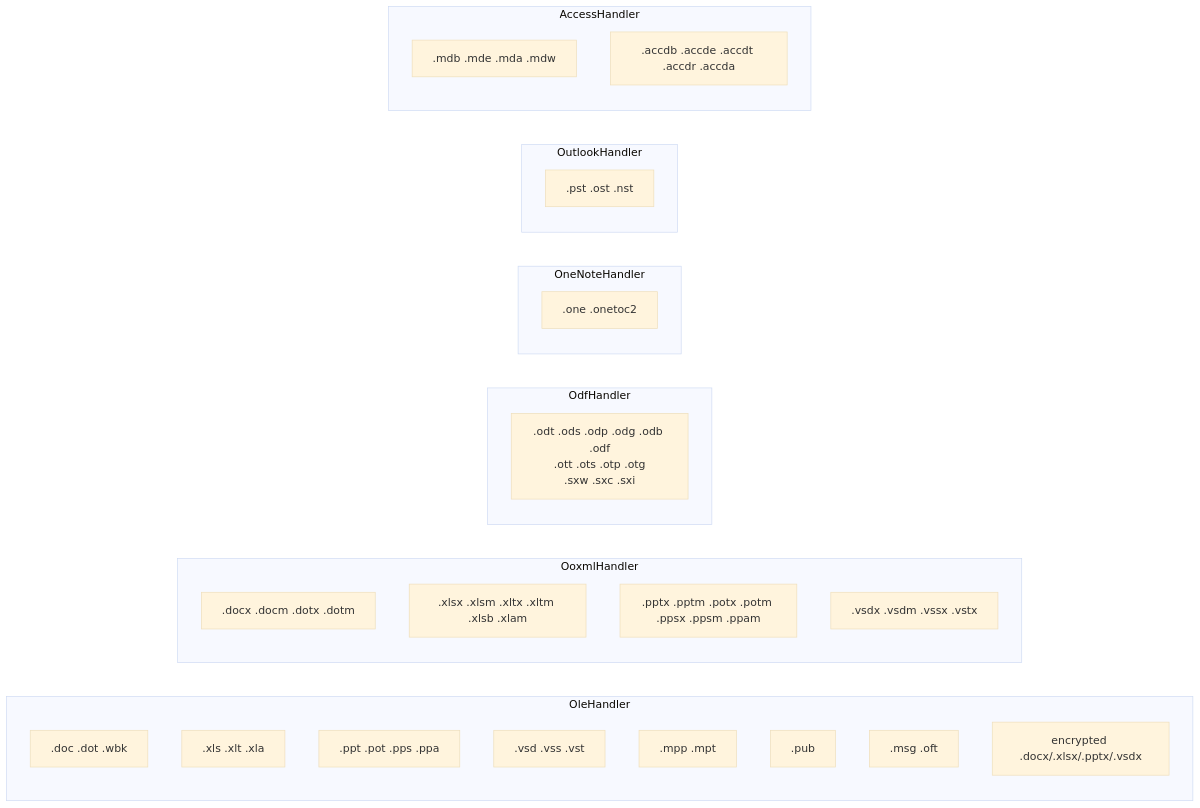
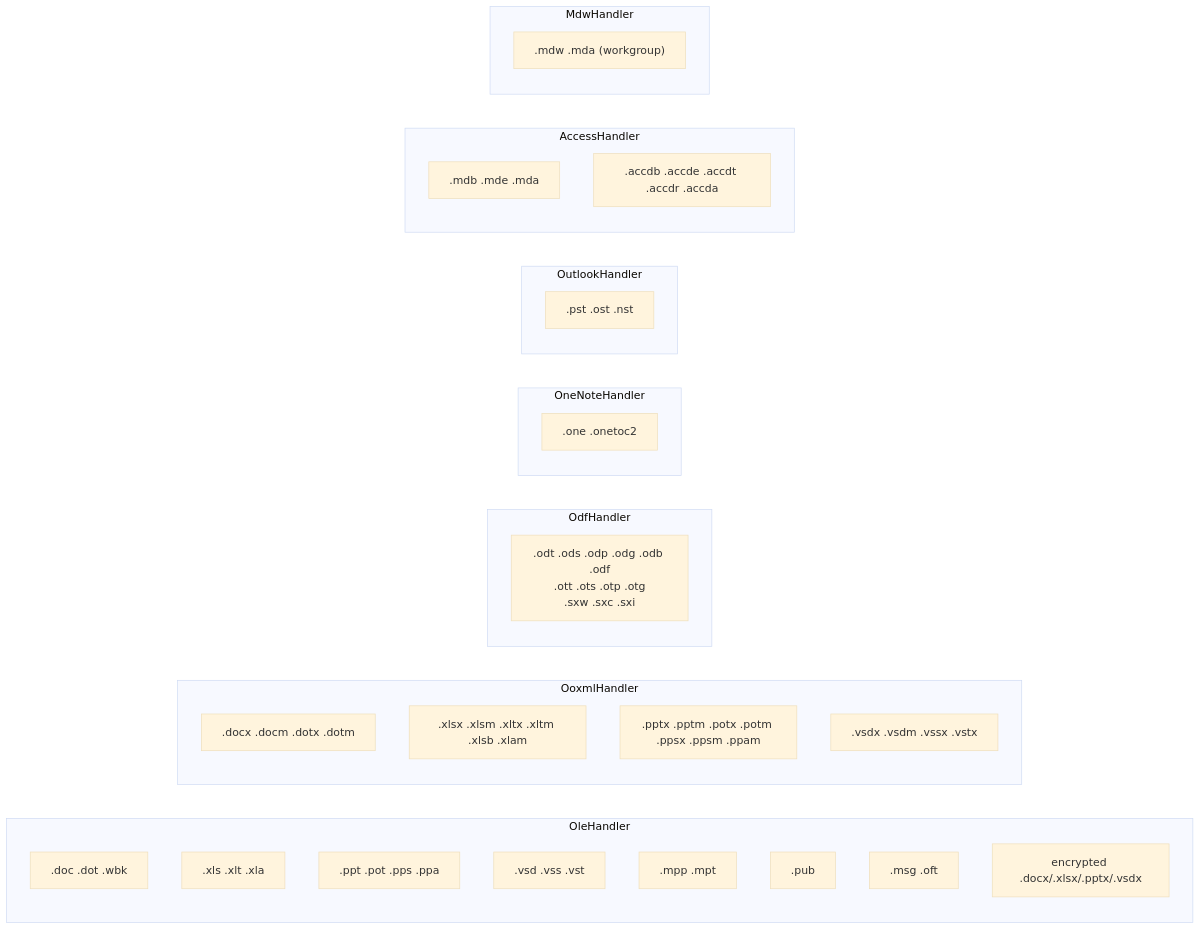
Before and after one commit to StrongWind1/office-password-toolkit: the third of 6 diagrams in docs/design/modular-design.md, drawn with Mermaid (base theme). The commit also changed other lines of this file, not shown here.

````diff
--- a/docs/design/modular-design.md
+++ b/docs/design/modular-design.md
@@ -121,32 +136,35 @@
 ```mermaid
 flowchart LR
   subgraph OLE["OleHandler"]
     DOC[".doc .dot .wbk"]
     XLS[".xls .xlt .xla"]
     PPT[".ppt .pot .pps .ppa"]
     VSD[".vsd .vss .vst"]
     MPP[".mpp .mpt"]
     PUB[".pub"]
     MSG[".msg .oft"]
     EDOCX["encrypted .docx/.xlsx/.pptx/.vsdx"]
   end
   subgraph OOXML["OoxmlHandler"]
     DOCX[".docx .docm .dotx .dotm"]
     XLSX[".xlsx .xlsm .xltx .xltm .xlsb .xlam"]
     PPTX[".pptx .pptm .potx .potm .ppsx .ppsm .ppam"]
     VSDX[".vsdx .vsdm .vssx .vstx"]
   end
   subgraph ODF_H["OdfHandler"]
     ODT[".odt .ods .odp .odg .odb .odf\n.ott .ots .otp .otg\n.sxw .sxc .sxi"]
   end
   subgraph ON_H["OneNoteHandler"]
     ONE[".one .onetoc2"]
   end
   subgraph PST_H["OutlookHandler"]
     PST_F[".pst .ost .nst"]
   end
   subgraph ACC_H["AccessHandler"]
-    MDB[".mdb .mde .mda .mdw"]
+    MDB[".mdb .mde .mda"]
     ACCDB[".accdb .accde .accdt .accdr .accda"]
   end
+  subgraph MDW_H2["MdwHandler"]
+    MDW_F[".mdw .mda (workgroup)"]
+  end
 ```
````
